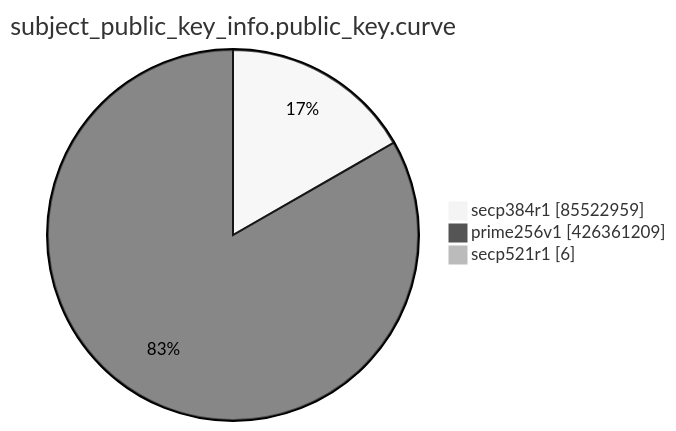
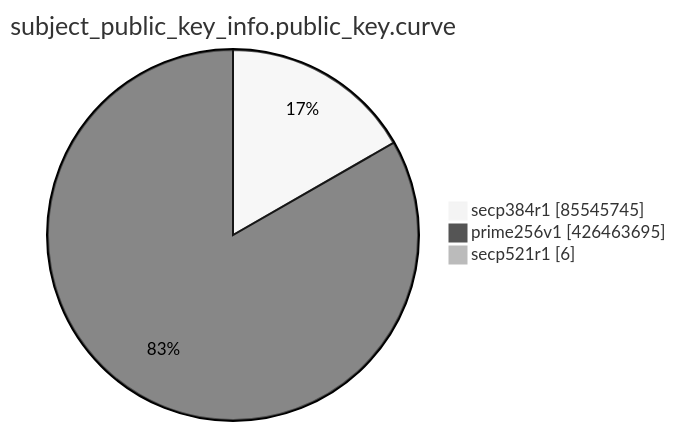
One commit to christiankrug/ctmonitor_visualization changed the eighth of 15 diagrams in TOTAL/README.md. Above: the diagram before and after it, drawn with Mermaid (neutral theme). The commit also changed other lines of this file, not shown here.

````diff
--- a/TOTAL/README.md
+++ b/TOTAL/README.md
@@ -3100,7 +3100,7 @@
 ```mermaid
 pie showData
 title subject_public_key_info.public_key.curve
-"secp384r1" :85522959
-"prime256v1" :426361209
+"secp384r1" :85545745
+"prime256v1" :426463695
 "secp521r1" :6
 ```
````
